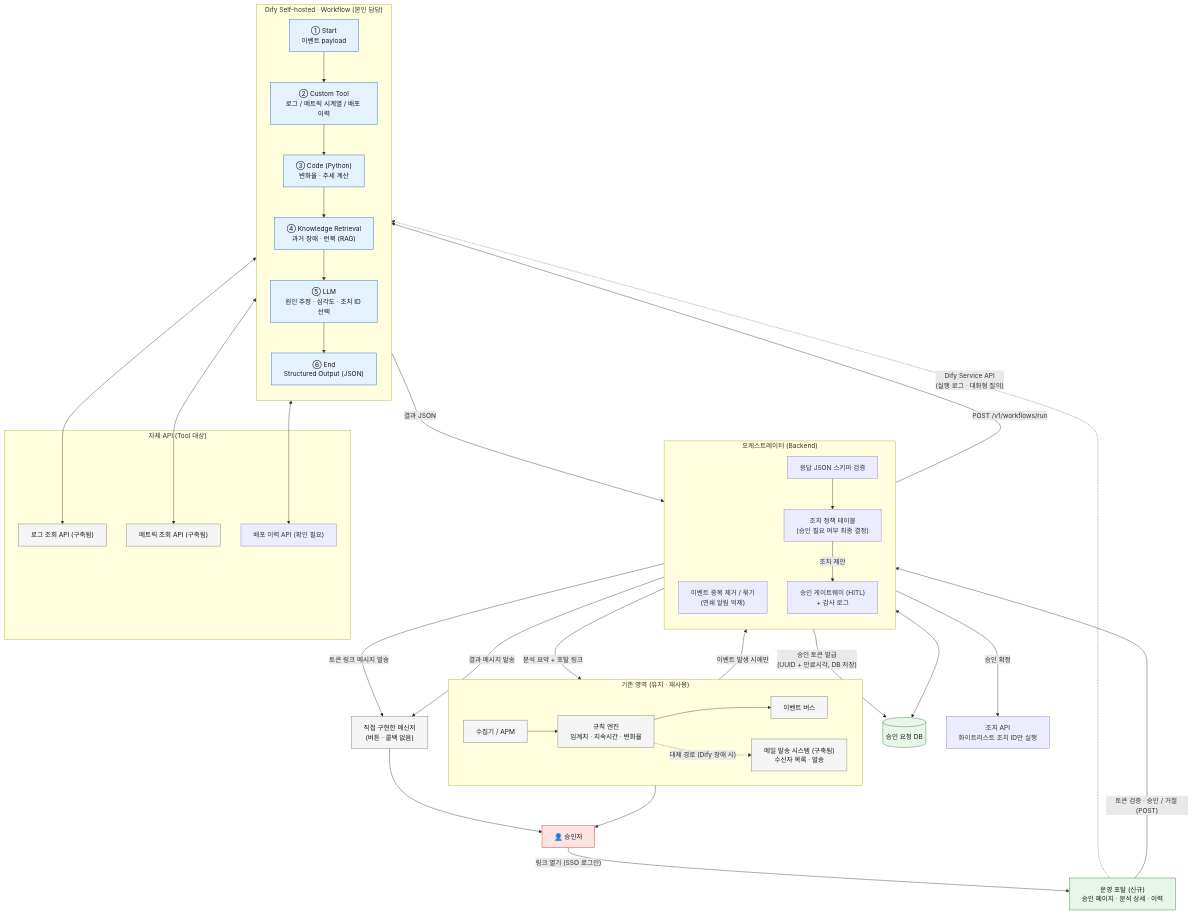
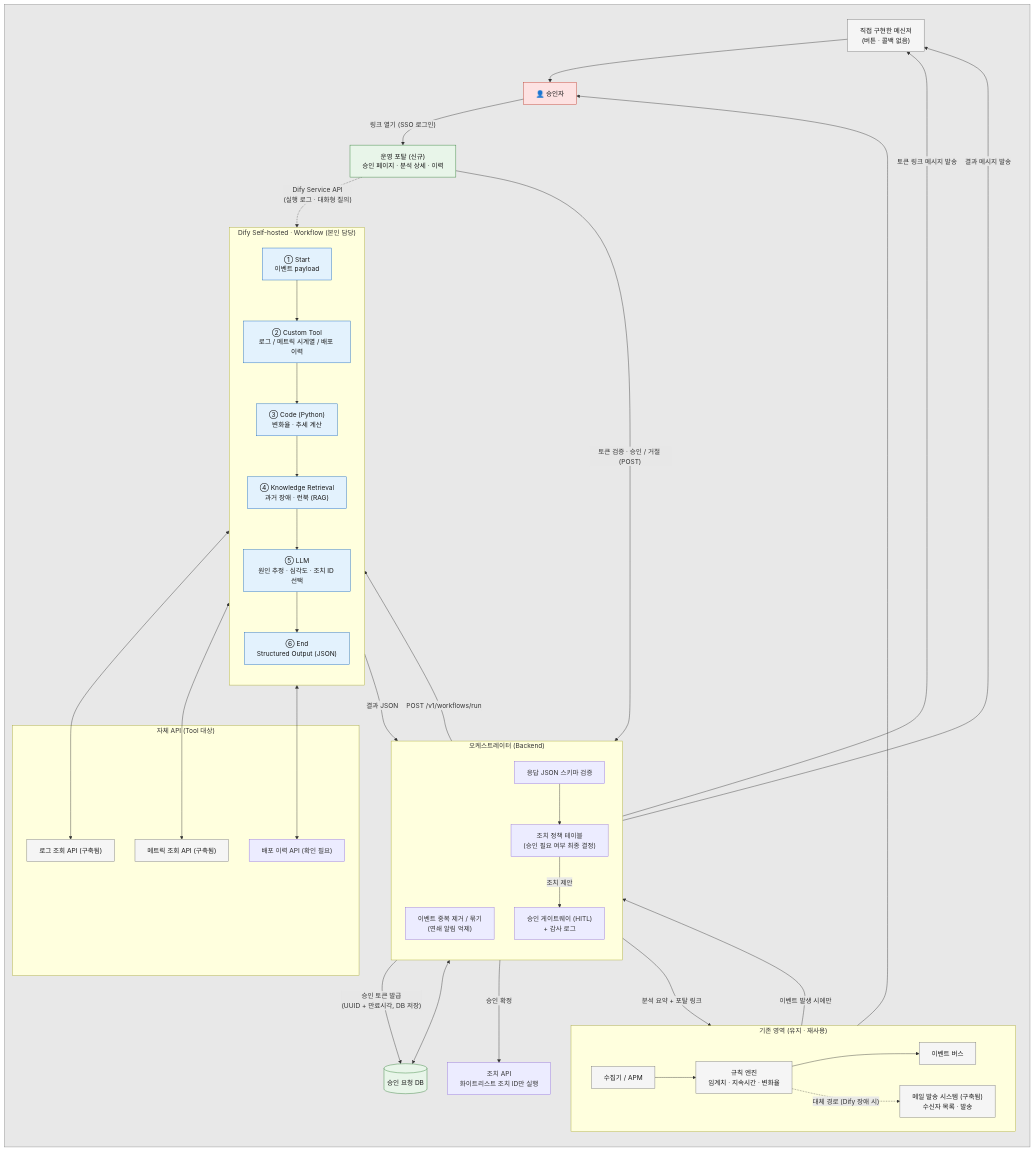
Before and after one commit to kongrtan/zt9k39pm2e: the second of 4 diagrams in docs/01_architecture.md, drawn with Mermaid. The commit also changed other lines of this file and 3 other files, not shown here.

````diff
--- a/docs/01_architecture.md
+++ b/docs/01_architecture.md
@@ -56,65 +60,69 @@
 ```mermaid
 flowchart TB
-    subgraph LEGACY["기존 영역 (유지 · 재사용)"]
-        direction LR
-        COL["수집기 / APM"] --> RULE["규칙 엔진<br/>임계치 · 지속시간 · 변화율"]
-        RULE --> BUS["이벤트 버스"]
-        MAIL["메일 발송 시스템 (구축됨)<br/>수신자 목록 · 발송"]
-        RULE -. "대체 경로 (Dify 장애 시)" .-> MAIL
+    subgraph BG[" "]
+        direction TB
+        subgraph LEGACY["기존 영역 (유지 · 재사용)"]
+            direction LR
+            COL["수집기 / APM"] --> RULE["규칙 엔진<br/>임계치 · 지속시간 · 변화율"]
+            RULE --> BUS["이벤트 버스"]
+            MAIL["메일 발송 시스템 (구축됨)<br/>수신자 목록 · 발송"]
+            RULE -. "대체 경로 (Dify 장애 시)" .-> MAIL
+        end
+
+        subgraph ORCH["오케스트레이터 (Backend)"]
+            direction TB
+            DEDUP["이벤트 중복 제거 / 묶기<br/>(연쇄 알림 억제)"]
+            VALID["응답 JSON 스키마 검증"]
+            POLICY["조치 정책 테이블<br/>(승인 필요 여부 최종 결정)"]
+            GW["승인 게이트웨이 (HITL)<br/>+ 감사 로그"]
+        end
+
+        subgraph DIFY["Dify Self-hosted · Workflow (본인 담당)"]
+            direction TB
+            S["① Start<br/>이벤트 payload"] --> T["② Custom Tool<br/>로그 / 메트릭 시계열 / 배포 이력"]
+            T --> CODE["③ Code (Python)<br/>변화율 · 추세 계산"]
+            CODE --> KB["④ Knowledge Retrieval<br/>과거 장애 · 런북 (RAG)"]
+            KB --> LLM["⑤ LLM<br/>원인 추정 · 심각도 · 조치 ID 선택"]
+            LLM --> OUT["⑥ End<br/>Structured Output (JSON)"]
+        end
+
+        subgraph EXT["자체 API (Tool 대상)"]
+            LOGAPI["로그 조회 API (구축됨)"]
+            METAPI["메트릭 조회 API (구축됨)"]
+            DEPAPI["배포 이력 API (확인 필요)"]
+        end
+
+        PORTAL["운영 포탈 (신규)<br/>승인 페이지 · 분석 상세 · 이력"]
+        MSG["직접 구현한 메신저<br/>(버튼 · 콜백 없음)"]
+
+        BUS -- "이벤트 발생 시에만" --> DEDUP
+        DEDUP -- "POST /v1/workflows/run" --> S
+        T <--> LOGAPI & METAPI & DEPAPI
+        OUT -- "결과 JSON" --> VALID
+        VALID --> POLICY
+
+        POLICY -- "분석 요약 + 포탈 링크" --> MAIL
+        POLICY -- "조치 제안" --> GW
+        GW -- "승인 토큰 발급<br/>(UUID + 만료시각, DB 저장)" --> TOKDB[("승인 요청 DB")]
+        GW -- "토큰 링크 메시지 발송" --> MSG
+        MSG --> ADMIN["👤 승인자"]
+        ADMIN -- "링크 열기 (SSO 로그인)" --> PORTAL
+        PORTAL -- "토큰 검증 · 승인 / 거절 (POST)" --> GW
+        GW <--> TOKDB
+        GW -- "승인 확정" --> ACT["조치 API<br/>화이트리스트 조치 ID만 실행"]
+        GW -- "결과 메시지 발송" --> MSG
+        MAIL --> ADMIN
+        PORTAL -. "Dify Service API<br/>(실행 로그 · 대화형 질의)" .-> DIFY
     end
-
-    subgraph ORCH["오케스트레이터 (Backend)"]
-        direction TB
-        DEDUP["이벤트 중복 제거 / 묶기<br/>(연쇄 알림 억제)"]
-        VALID["응답 JSON 스키마 검증"]
-        POLICY["조치 정책 테이블<br/>(승인 필요 여부 최종 결정)"]
-        GW["승인 게이트웨이 (HITL)<br/>+ 감사 로그"]
-    end
-
-    subgraph DIFY["Dify Self-hosted · Workflow (본인 담당)"]
-        direction TB
-        S["① Start<br/>이벤트 payload"] --> T["② Custom Tool<br/>로그 / 메트릭 시계열 / 배포 이력"]
-        T --> CODE["③ Code (Python)<br/>변화율 · 추세 계산"]
-        CODE --> KB["④ Knowledge Retrieval<br/>과거 장애 · 런북 (RAG)"]
-        KB --> LLM["⑤ LLM<br/>원인 추정 · 심각도 · 조치 ID 선택"]
-        LLM --> OUT["⑥ End<br/>Structured Output (JSON)"]
-    end
-
-    subgraph EXT["자체 API (Tool 대상)"]
-        LOGAPI["로그 조회 API (구축됨)"]
-        METAPI["메트릭 조회 API (구축됨)"]
-        DEPAPI["배포 이력 API (확인 필요)"]
-    end
-
-    PORTAL["운영 포탈 (신규)<br/>승인 페이지 · 분석 상세 · 이력"]
-    MSG["직접 구현한 메신저<br/>(버튼 · 콜백 없음)"]
-
-    BUS -- "이벤트 발생 시에만" --> DEDUP
-    DEDUP -- "POST /v1/workflows/run" --> S
-    T <--> LOGAPI & METAPI & DEPAPI
-    OUT -- "결과 JSON" --> VALID
-    VALID --> POLICY
-
-    POLICY -- "분석 요약 + 포탈 링크" --> MAIL
-    POLICY -- "조치 제안" --> GW
-    GW -- "승인 토큰 발급<br/>(UUID + 만료시각, DB 저장)" --> TOKDB[("승인 요청 DB")]
-    GW -- "토큰 링크 메시지 발송" --> MSG
-    MSG --> ADMIN["👤 승인자"]
-    ADMIN -- "링크 열기 (SSO 로그인)" --> PORTAL
-    PORTAL -- "토큰 검증 · 승인 / 거절 (POST)" --> GW
-    GW <--> TOKDB
-    GW -- "승인 확정" --> ACT["조치 API<br/>화이트리스트 조치 ID만 실행"]
-    GW -- "결과 메시지 발송" --> MSG
-    MAIL --> ADMIN
-    PORTAL -. "Dify Service API<br/>(실행 로그 · 대화형 질의)" .-> DIFY
+    style BG fill:#8080802e,stroke:#8a8a8a
 
     classDef dify fill:#e3f2fd,stroke:#1565c0,color:#1a1a1a;
     classDef human fill:#fde2e2,stroke:#c0392b,color:#1a1a1a;
     classDef legacy fill:#f5f5f5,stroke:#757575,color:#1a1a1a;
     classDef new fill:#e8f5e9,stroke:#2e7d32,color:#1a1a1a;
     class S,T,CODE,KB,LLM,OUT dify;
     class ADMIN human;
     class COL,RULE,BUS,MAIL,LOGAPI,METAPI legacy;
     class PORTAL,TOKDB new;
     class MSG legacy;
 ```
````
